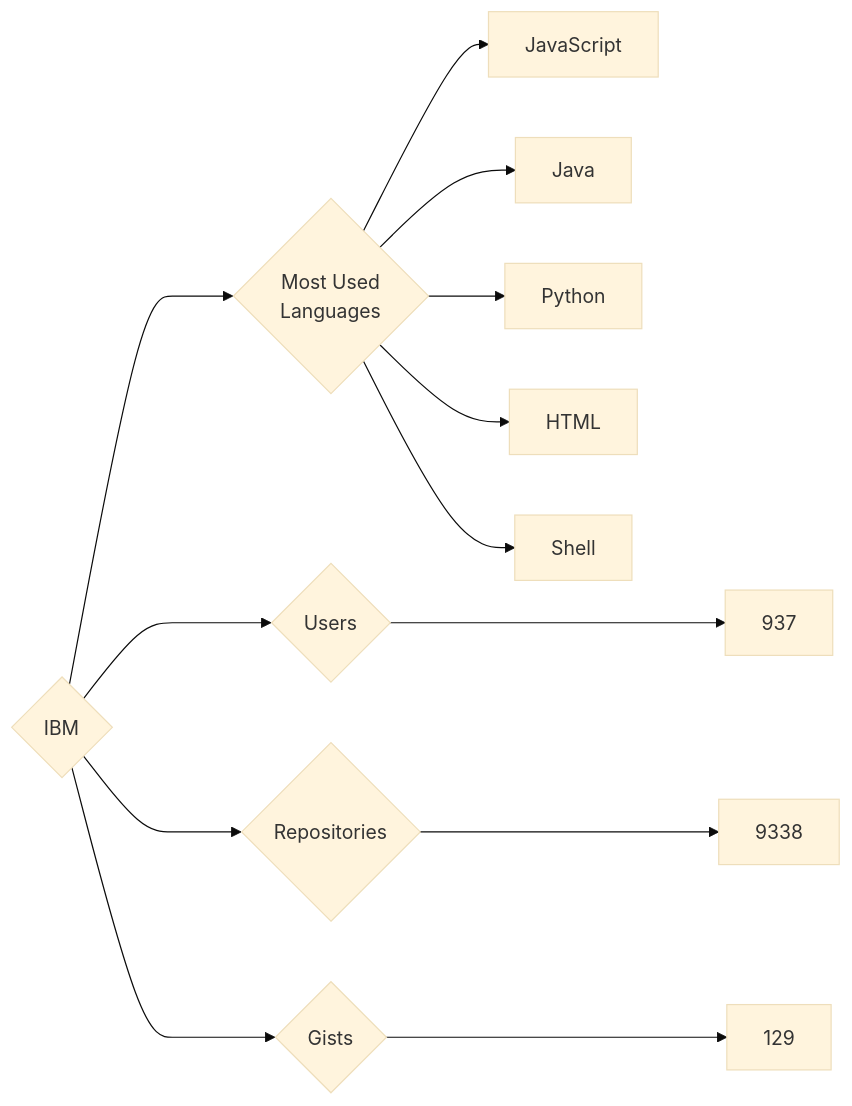
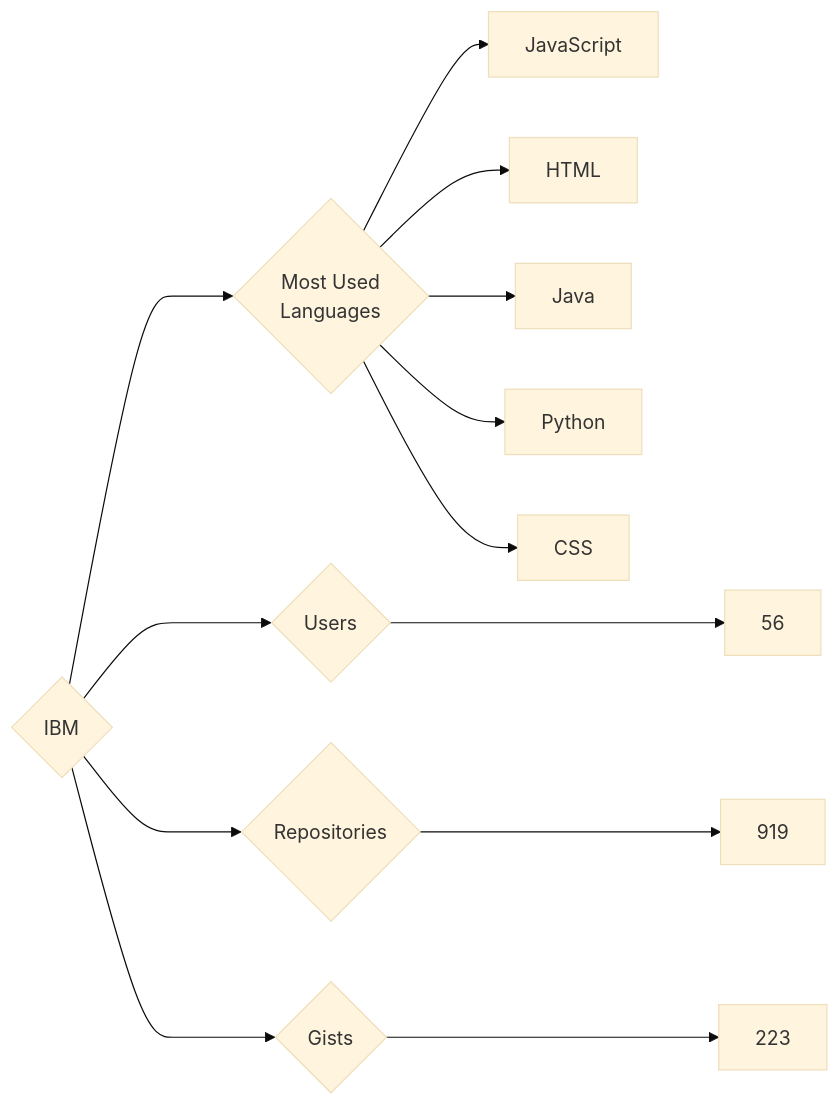
Before and after one commit to trickest/insiders: the diagram in targets/IBM/README.md, drawn with Mermaid (base theme). The commit also changed 860 other files, not shown here.

````diff
--- a/targets/IBM/README.md
+++ b/targets/IBM/README.md
@@ -3,13 +3,13 @@
 ```mermaid
 graph LR
 COMPANY_NAME{IBM}
-COMPANY_NAME ---> U{Users} ---> UN[937]
-COMPANY_NAME ---> R{Repositories} ---> RN[9338]
-COMPANY_NAME ---> G{Gists} ---> GN[129]
+COMPANY_NAME ---> U{Users} ---> UN[56]
+COMPANY_NAME ---> R{Repositories} ---> RN[919]
+COMPANY_NAME ---> G{Gists} ---> GN[223]
 COMPANY_NAME ---> ML{Most Used<br>Languages}
 ML --> JavaScript[JavaScript]
+ML --> HTML[HTML]
 ML --> Java[Java]
 ML --> Python[Python]
-ML --> HTML[HTML]
-ML --> Shell[Shell]
+ML --> CSS[CSS]
 ```
````
